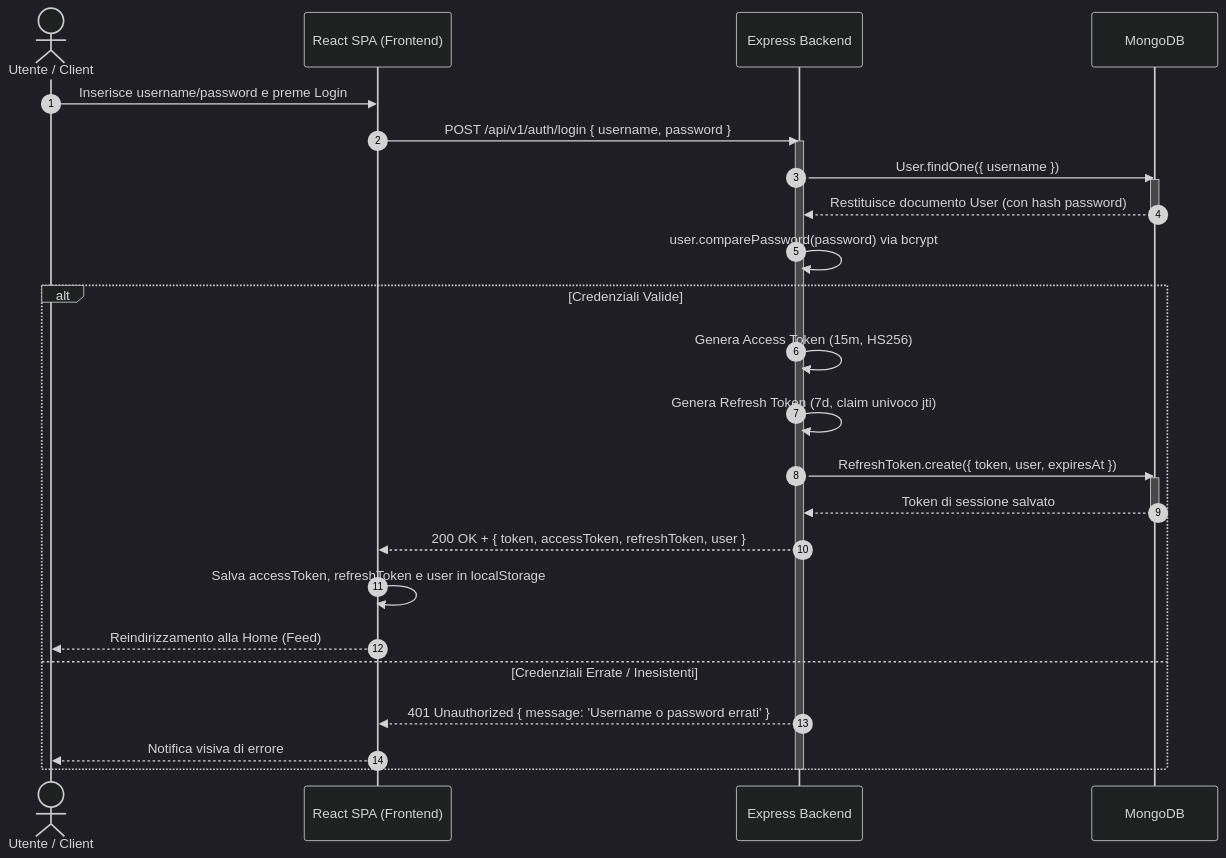
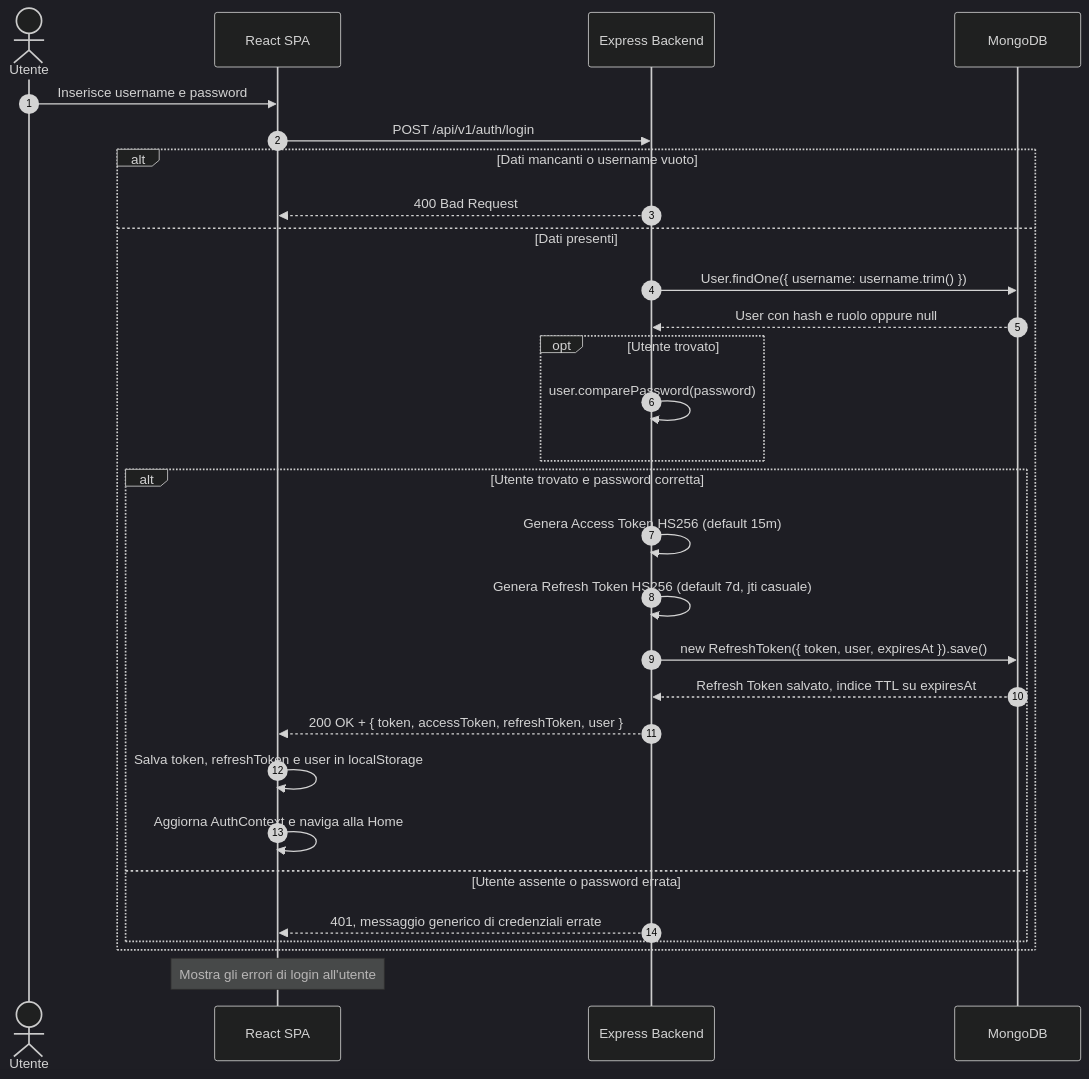
The third of 5 diagrams in README.md (LucaValenz/JamPulse), drawn with Mermaid (dark theme) before and after one commit. The commit also changed other lines of this file and 22 other files, not shown here.

First line of the commit message:
Aggiorna documentazione tecnica e diagrammi

````diff
--- a/README.md
+++ b/README.md
@@ -290,33 +265,32 @@
 ```mermaid
 sequenceDiagram
     autonumber
-    actor Utente as Utente / Client
-    participant FE as React SPA (Frontend)
+    actor Utente
+    participant FE as React SPA
     participant BE as Express Backend
     participant DB as MongoDB
 
-    Utente ->> FE: Inserisce username/password e preme Login
-    FE ->> BE: POST /api/v1/auth/login { username, password }
-    activate BE
-    BE ->> DB: User.findOne({ username })
-    activate DB
-    DB -->> BE: Restituisce documento User (con hash password)
-    deactivate DB
-
-    BE ->> BE: user.comparePassword(password) via bcrypt
-    alt Credenziali Valide
-        BE ->> BE: Genera Access Token (15m, HS256)
-        BE ->> BE: Genera Refresh Token (7d, claim univoco jti)
-        BE ->> DB: RefreshToken.create({ token, user, expiresAt })
-        activate DB
-        DB -->> BE: Token di sessione salvato
-        deactivate DB
-        BE -->> FE: 200 OK + { token, accessToken, refreshToken, user }
-        FE ->> FE: Salva accessToken, refreshToken e user in localStorage
-        FE -->> Utente: Reindirizzamento alla Home (Feed)
-    else Credenziali Errate / Inesistenti
-        BE -->> FE: 401 Unauthorized { message: 'Username o password errati' }
-        FE -->> Utente: Notifica visiva di errore
+    Utente ->> FE: Inserisce username e password
+    FE ->> BE: POST /api/v1/auth/login
+    alt Dati mancanti o username vuoto
+        BE -->> FE: 400 Bad Request
+    else Dati presenti
+        BE ->> DB: User.findOne({ username: username.trim() })
+        DB -->> BE: User con hash e ruolo oppure null
+        opt Utente trovato
+            BE ->> BE: user.comparePassword(password)
+        end
+        alt Utente trovato e password corretta
+            BE ->> BE: Genera Access Token HS256 (default 15m)
+            BE ->> BE: Genera Refresh Token HS256 (default 7d, jti casuale)
+            BE ->> DB: new RefreshToken({ token, user, expiresAt }).save()
+            DB -->> BE: Refresh Token salvato, indice TTL su expiresAt
+            BE -->> FE: 200 OK + { token, accessToken, refreshToken, user }
+            FE ->> FE: Salva token, refreshToken e user in localStorage
+            FE ->> FE: Aggiorna AuthContext e naviga alla Home
+        else Utente assente o password errata
+            BE -->> FE: 401, messaggio generico di credenziali errate
+        end
     end
-    deactivate BE
+    Note over FE: Mostra gli errori di login all'utente
 ```
````
